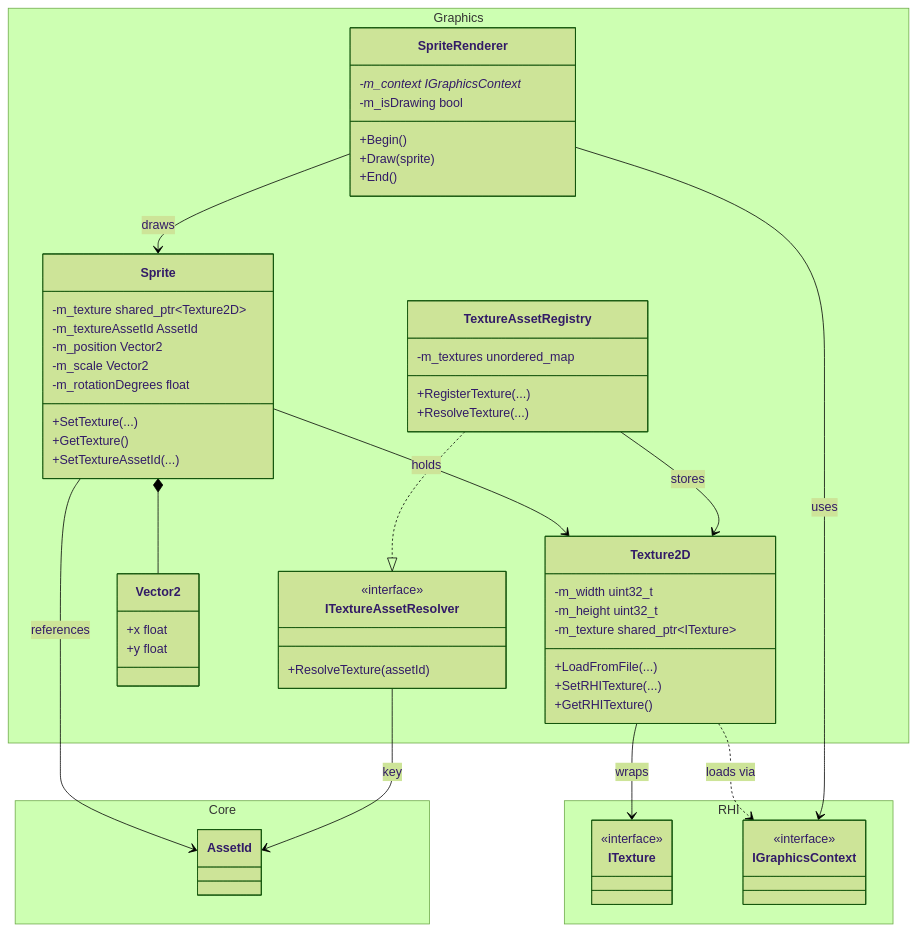
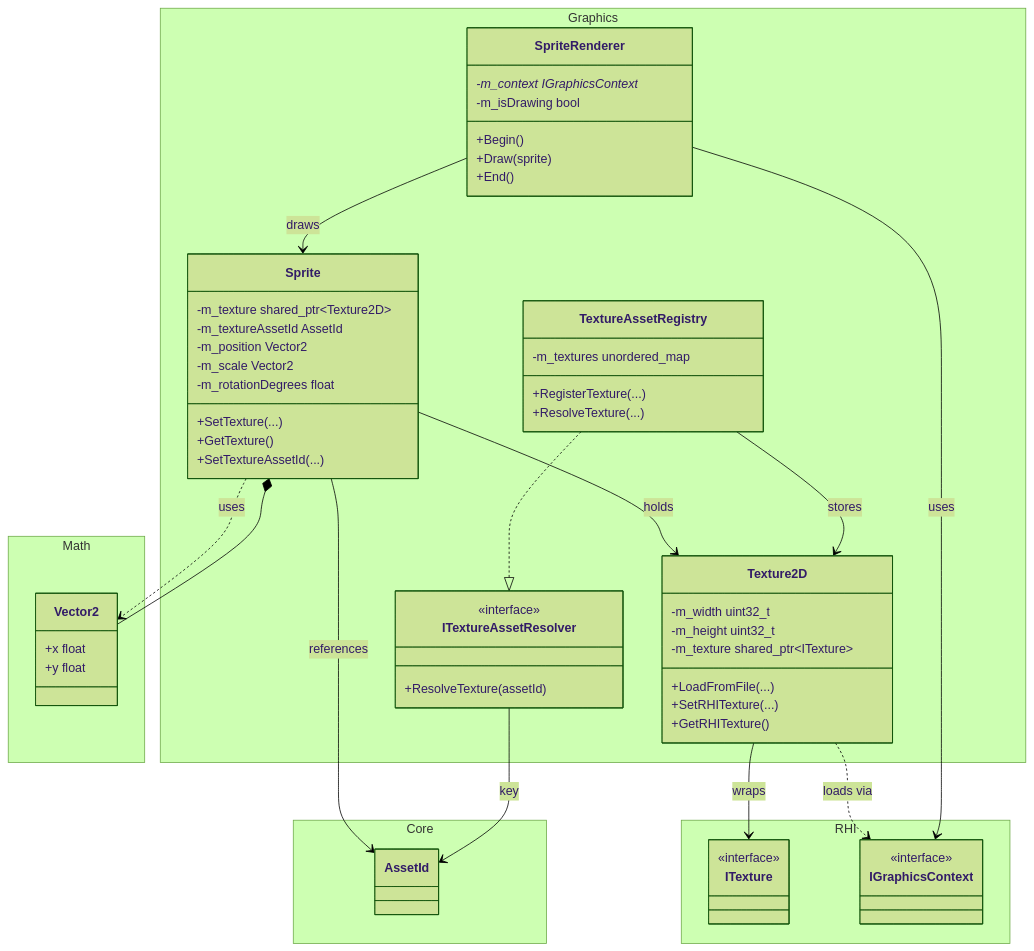
Before and after one commit to kenta-MM/Xelqoria: the diagram in docs/class_diagram/graphics-class-diagram.md, drawn with Mermaid (forest theme). The commit also changed 5 other files, not shown here.

Commit message:
クラス図を更新

````diff
--- a/docs/class_diagram/graphics-class-diagram.md
+++ b/docs/class_diagram/graphics-class-diagram.md
@@ -3,75 +3,78 @@
 ```mermaid
 classDiagram
     direction TB
 
     namespace Core {
         class AssetId
     }
 
     namespace RHI {
         class ITexture {
             <<interface>>
         }
 
         class IGraphicsContext {
             <<interface>>
         }
     }
 
+    namespace Math {
+        class Vector2 {
+            +x float
+            +y float
+        }
+    }
+
     namespace Graphics {
         class Texture2D {
             -m_width uint32_t
             -m_height uint32_t
             -m_texture shared_ptr~ITexture~
             +LoadFromFile(...)
             +SetRHITexture(...)
             +GetRHITexture()
-        }
-
-        class Vector2 {
-            +x float
-            +y float
         }
 
         class Sprite {
             -m_texture shared_ptr~Texture2D~
             -m_textureAssetId AssetId
             -m_position Vector2
             -m_scale Vector2
             -m_rotationDegrees float
             +SetTexture(...)
             +GetTexture()
             +SetTextureAssetId(...)
         }
 
         class SpriteRenderer {
             -m_context IGraphicsContext*
             -m_isDrawing bool
             +Begin()
             +Draw(sprite)
             +End()
         }
 
         class ITextureAssetResolver {
             <<interface>>
             +ResolveTexture(assetId)
         }
 
         class TextureAssetRegistry {
             -m_textures unordered_map
             +RegisterTexture(...)
             +ResolveTexture(...)
         }
     }
 
     TextureAssetRegistry ..|> ITextureAssetResolver
     Texture2D --> ITexture : wraps
     Texture2D ..> IGraphicsContext : loads via
     Sprite --> Texture2D : holds
     Sprite --> AssetId : references
+    Sprite ..> Vector2 : uses
     Sprite *-- Vector2
     SpriteRenderer --> IGraphicsContext : uses
     SpriteRenderer --> Sprite : draws
     ITextureAssetResolver --> AssetId : key
     TextureAssetRegistry --> Texture2D : stores
 ```
````
